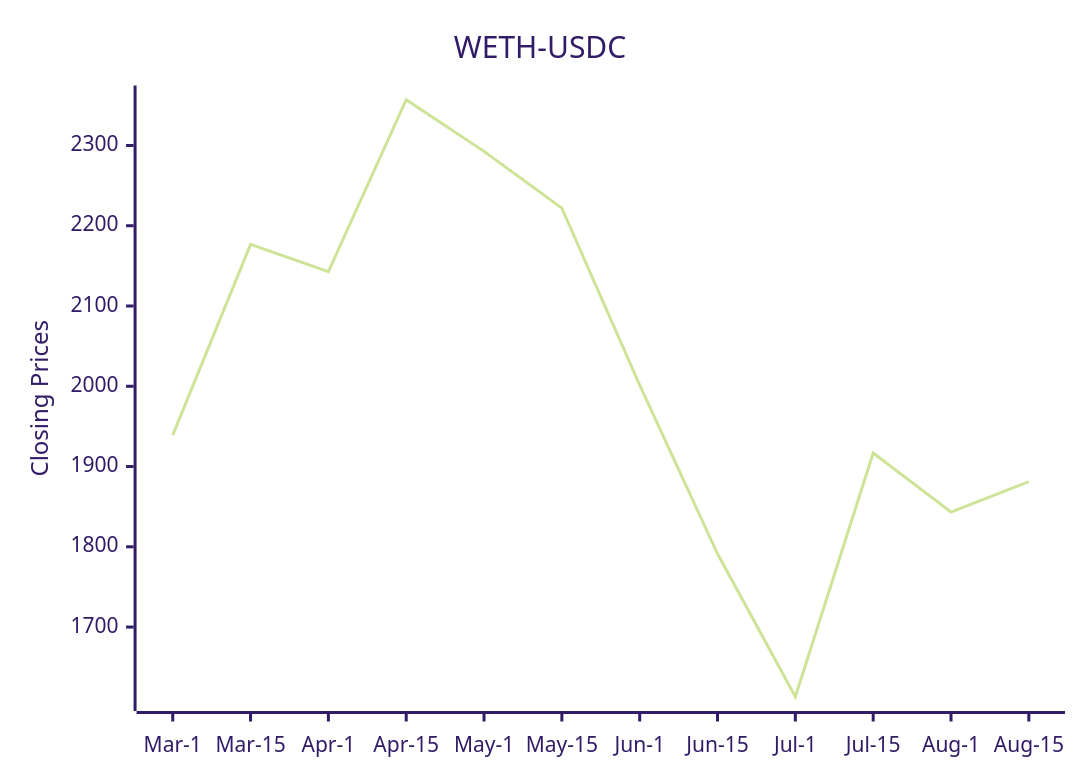
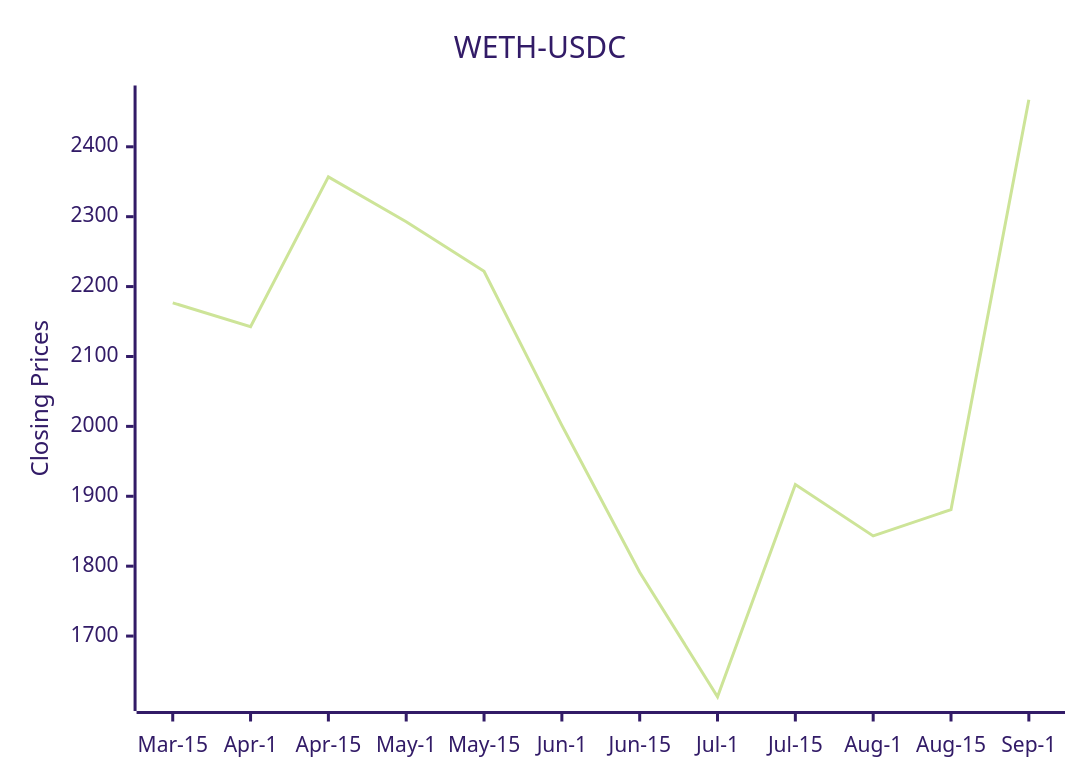
The diagram in README.md (bicced/readme-crypto-price-chart), drawn with Mermaid (forest theme) before and after one commit.

Commit message:
Update README with latest DEX data

````diff
--- a/README.md
+++ b/README.md
@@ -6,7 +6,7 @@
 ```mermaid
 xychart-beta
   title "WETH-USDC"
-  x-axis [Mar-1,Mar-15,Apr-1,Apr-15,May-1,May-15,Jun-1,Jun-15,Jul-1,Jul-15,Aug-1,Aug-15]
-  y-axis "Closing Prices" 1613.19126791519 --> 2356.96568036046
-  line [1939.10322356354,2176.74756246377,2142.76888865301,2356.96568036046,2292.65162475032,2221.95469456272,2001.52516545443,1791.29479125771,1613.19126791519,1916.83,1843.3,1881.3]
+  x-axis [Mar-15,Apr-1,Apr-15,May-1,May-15,Jun-1,Jun-15,Jul-1,Jul-15,Aug-1,Aug-15,Sep-1]
+  y-axis "Closing Prices" 1613.19126791519 --> 2467.29
+  line [2176.74756246377,2142.76888865301,2356.96568036046,2292.65162475032,2221.95469456272,2001.52516545443,1791.29479125771,1613.19126791519,1916.83,1843.3,1880.86,2467.29]
 ```
````
